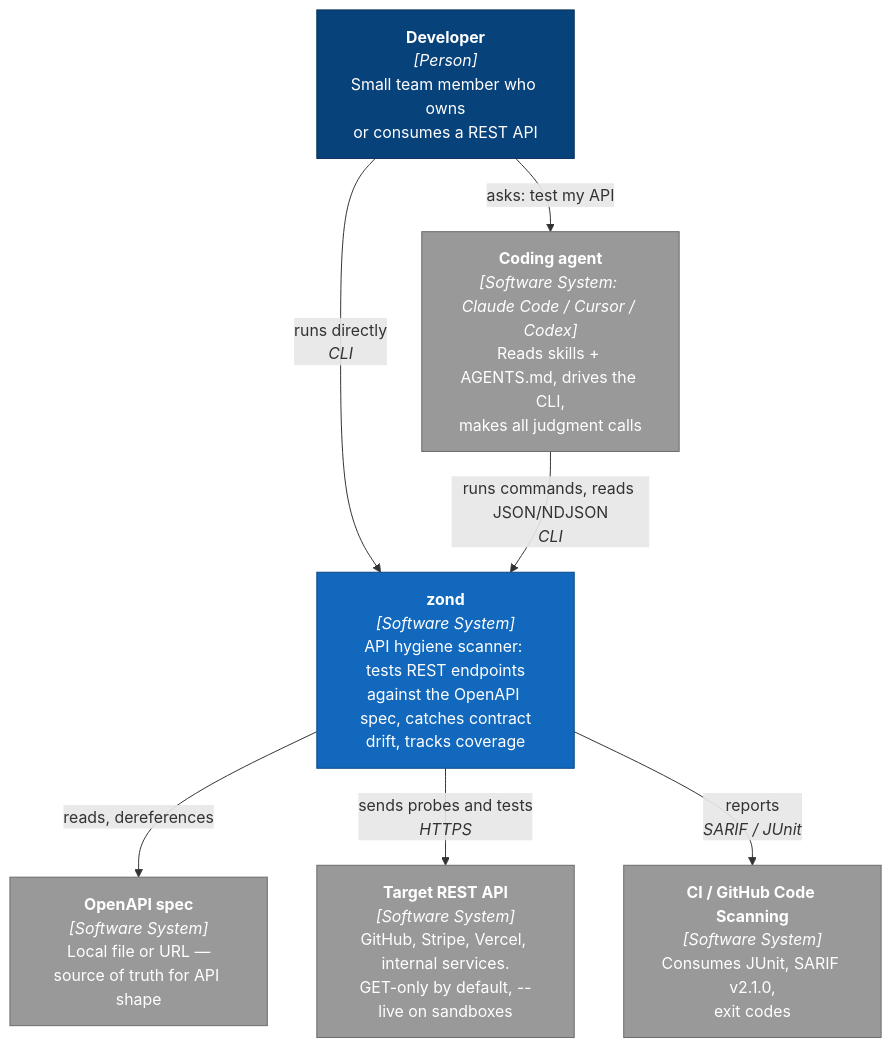
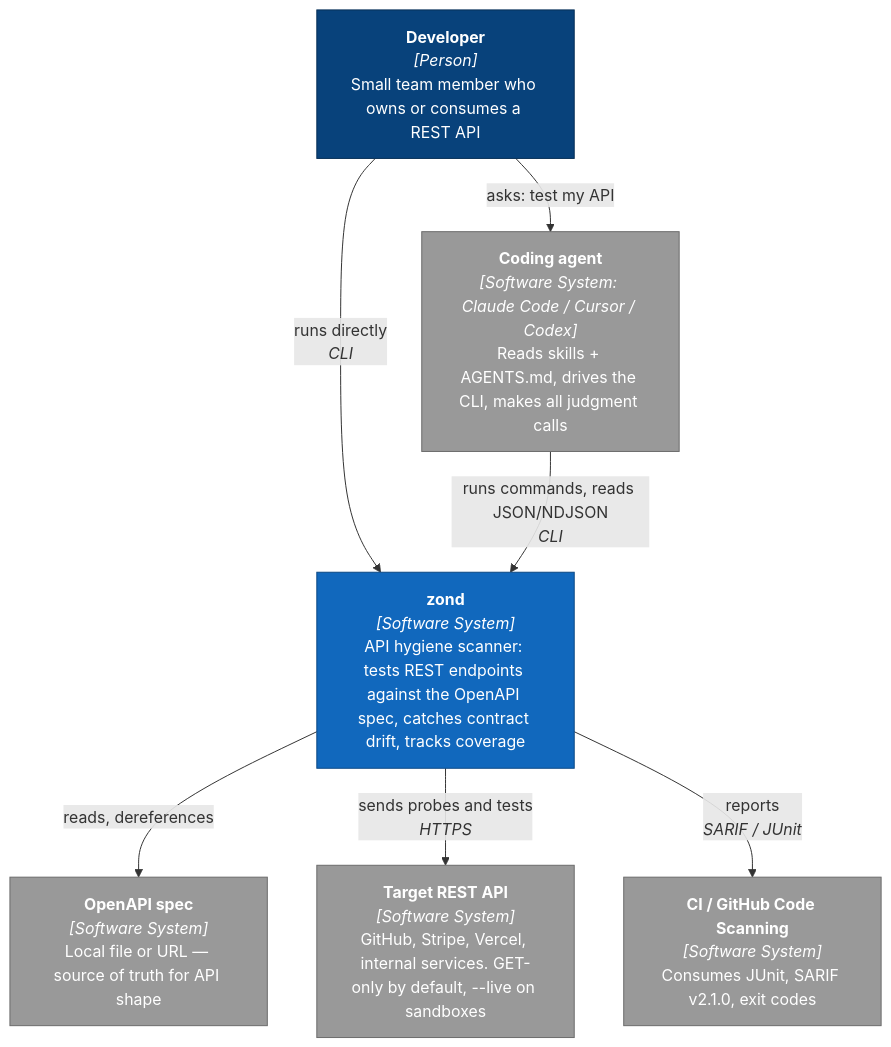
The first of 3 diagrams in docs/architecture.md (kirrosh/zond), drawn with Mermaid before and after one commit. The commit also changed other lines of this file, not shown here.

Commit message:
docs: let mermaid wrap C4 node descriptions

````diff
--- a/docs/architecture.md
+++ b/docs/architecture.md
@@ -13,24 +13,24 @@
 ```mermaid
 flowchart TB
   classDef person fill:#08427b,stroke:#052e56,color:#fff
   classDef sys fill:#1168bd,stroke:#0b4884,color:#fff
   classDef cont fill:#438dd5,stroke:#2e6295,color:#fff
   classDef ext fill:#999,stroke:#6b6b6b,color:#fff
   classDef removed fill:#f4f4f4,stroke:#999,stroke-dasharray:5 5,color:#777
 
-  dev["<b>Developer</b><br/><i>[Person]</i><br/>Small team member who owns<br/>or consumes a REST API"]:::person
-  agent["<b>Coding agent</b><br/><i>[Software System: Claude Code / Cursor / Codex]</i><br/>Reads skills + AGENTS.md, drives the CLI,<br/>makes all judgment calls"]:::ext
+  dev["<b>Developer</b><br/><i>[Person]</i><br/>Small team member who owns or consumes a REST API"]:::person
+  agent["<b>Coding agent</b><br/><i>[Software System: Claude Code / Cursor / Codex]</i><br/>Reads skills + AGENTS.md, drives the CLI, makes all judgment calls"]:::ext
 
-  zond["<b>zond</b><br/><i>[Software System]</i><br/>API hygiene scanner: tests REST endpoints<br/>against the OpenAPI spec, catches contract<br/>drift, tracks coverage"]:::sys
+  zond["<b>zond</b><br/><i>[Software System]</i><br/>API hygiene scanner: tests REST endpoints against the OpenAPI spec, catches contract drift, tracks coverage"]:::sys
 
-  spec["<b>OpenAPI spec</b><br/><i>[Software System]</i><br/>Local file or URL —<br/>source of truth for API shape"]:::ext
-  api["<b>Target REST API</b><br/><i>[Software System]</i><br/>GitHub, Stripe, Vercel, internal services.<br/>GET-only by default, --live on sandboxes"]:::ext
-  ci["<b>CI / GitHub Code Scanning</b><br/><i>[Software System]</i><br/>Consumes JUnit, SARIF v2.1.0,<br/>exit codes"]:::ext
+  spec["<b>OpenAPI spec</b><br/><i>[Software System]</i><br/>Local file or URL — source of truth for API shape"]:::ext
+  api["<b>Target REST API</b><br/><i>[Software System]</i><br/>GitHub, Stripe, Vercel, internal services. GET-only by default, --live on sandboxes"]:::ext
+  ci["<b>CI / GitHub Code Scanning</b><br/><i>[Software System]</i><br/>Consumes JUnit, SARIF v2.1.0, exit codes"]:::ext
 
   dev -->|asks: test my API| agent
   dev -->|runs directly<br/><i>CLI</i>| zond
   agent -->|runs commands, reads JSON/NDJSON<br/><i>CLI</i>| zond
   zond -->|reads, dereferences| spec
   zond -->|sends probes and tests<br/><i>HTTPS</i>| api
   zond -->|reports<br/><i>SARIF / JUnit</i>| ci
 ```
````
